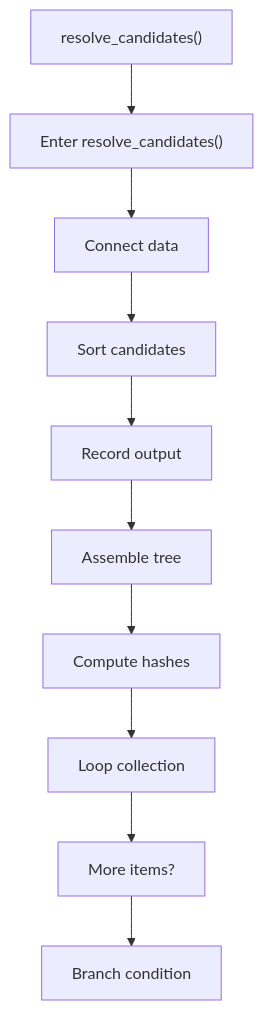
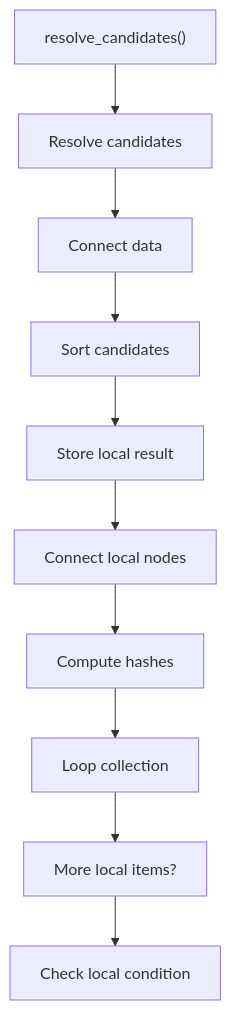
Before and after one commit to JohnAndrewBalbarosa/NeoTerritory: the third of 4 diagrams in docs/Codebase/Microservice/Modules/Source/HashingMechanism/HashLinks/Resolve/core.cpp.md, drawn with Mermaid. The commit also changed other lines of this file and 925 other files, not shown here.

````diff
--- a/docs/Codebase/Microservice/Modules/Source/HashingMechanism/HashLinks/Resolve/core.cpp.md
+++ b/docs/Codebase/Microservice/Modules/Source/HashingMechanism/HashLinks/Resolve/core.cpp.md
@@ -102,22 +101,22 @@
 ```mermaid
 flowchart TD
     N0["resolve_candidates()"]
-    N1["Enter resolve_candidates()"]
+    N1["Resolve candidates"]
     N2["Connect data"]
     N3["Sort candidates"]
-    N4["Record output"]
-    N5["Assemble tree"]
+    N4["Store local result"]
+    N5["Connect local nodes"]
     N6["Compute hashes"]
     N7["Loop collection"]
-    N8["More items?"]
-    N9["Branch condition"]
+    N8["More local items?"]
+    N9["Check local condition"]
     N0 --> N1
     N1 --> N2
     N2 --> N3
     N3 --> N4
     N4 --> N5
     N5 --> N6
     N6 --> N7
     N7 --> N8
     N8 --> N9
 ```
````
